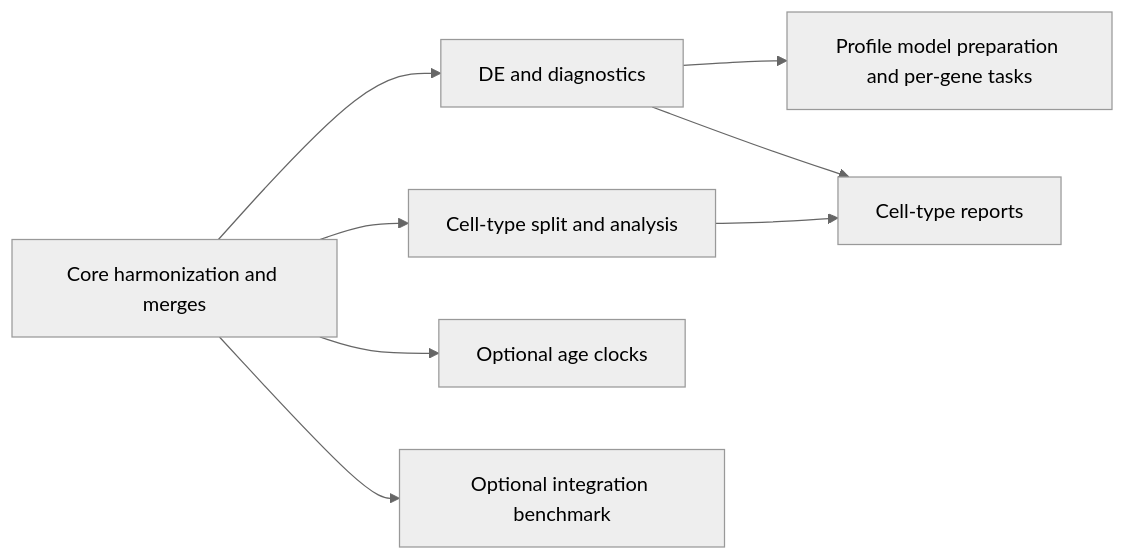
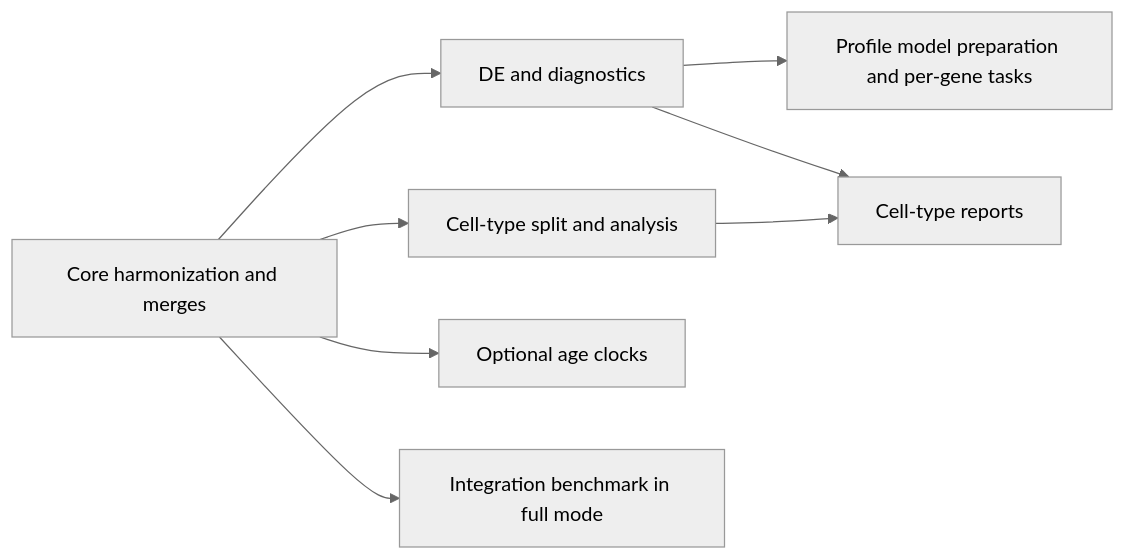
Before and after one commit to fbschmtt/pbmc-ageing-harmonization: the diagram in docs/development/orchestration.md, drawn with Mermaid (neutral theme). The commit also changed other lines of this file and 74 other files, not shown here.

````diff
--- a/docs/development/orchestration.md
+++ b/docs/development/orchestration.md
@@ -14,10 +27,10 @@
 ```mermaid
 flowchart LR
     Core[Core harmonization and merges] --> DE[DE and diagnostics]
     Core --> Cell[Cell-type split and analysis]
     DE --> Genes[Profile model preparation and per-gene tasks]
     DE --> Reports[Cell-type reports]
     Cell --> Reports
     Core --> Clocks[Optional age clocks]
-    Core --> Benchmark[Optional integration benchmark]
+    Core --> Benchmark[Integration benchmark in full mode]
 ```
````
